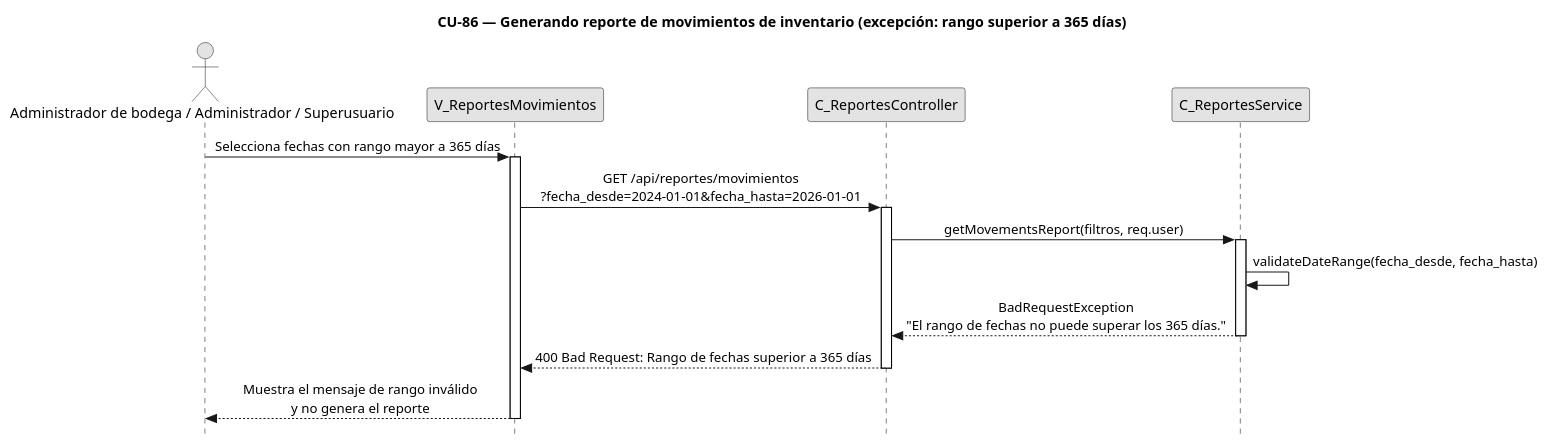
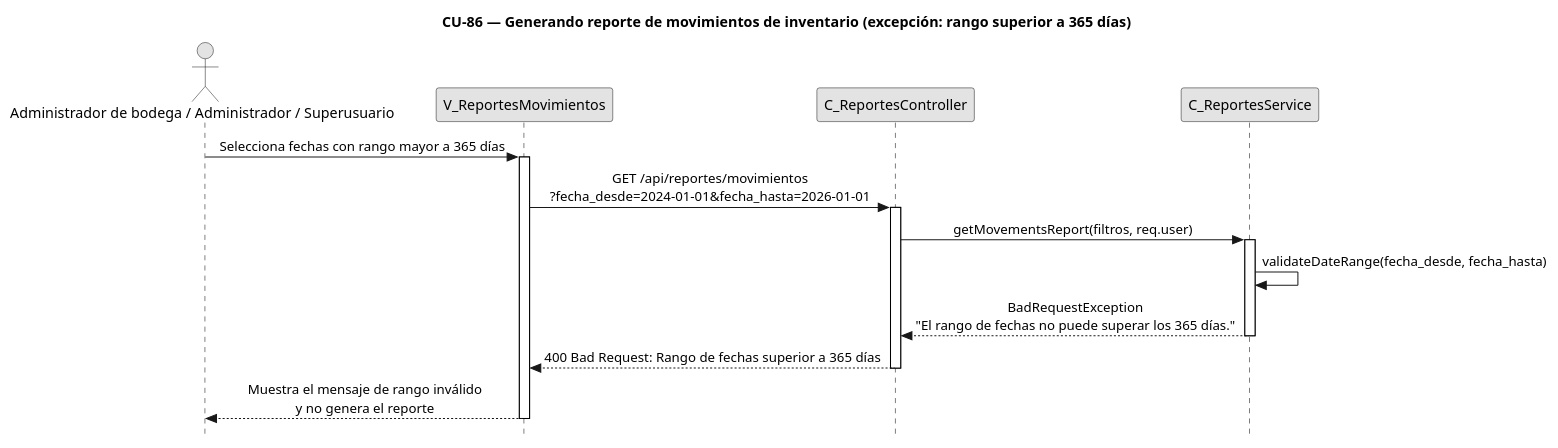
One commit to FSM-Finet-y-Cable-Magico/Team_1-Inventario-y-Bodega changed the diagram in diagramas/diagramas-secuencia/CU86/CU86-exc-rango-fechas.puml. Above: the diagram before and after it, drawn with PlantUML. The commit also changed 135 other files, not shown here.

Commit message:
docs(diagramas): reemplaza <style> por skinparam ParticipantPadding/ActorPadding (67 puml) y re-render

```diff
--- a/diagramas/diagramas-secuencia/CU86/CU86-exc-rango-fechas.puml
+++ b/diagramas/diagramas-secuencia/CU86/CU86-exc-rango-fechas.puml
@@ -1,38 +1,34 @@
 @startuml CU86-exc-rango-fechas
 title CU-86 — Generando reporte de movimientos de inventario (excepción: rango superior a 365 días)
 
 skinparam style strictuml
 skinparam monochrome true
 skinparam shadowing false
-<style>
-sequenceDiagram {
-  participant { Margin 25 }
-  actor { Margin 20 }
-}
-</style>
+skinparam ParticipantPadding 25
+skinparam ActorPadding 20
 skinparam sequence {
   MessageAlign center
   LifeLineBorderColor black
 }
 hide footbox
 
 actor "Administrador de bodega / Administrador / Superusuario" as user
 participant "V_ReportesMovimientos" as view
 participant "C_ReportesController" as ctrl
 participant "C_ReportesService" as svc
 
 user -> view : Selecciona fechas con rango mayor a 365 días
 activate view
 view -> ctrl : GET /api/reportes/movimientos\n?fecha_desde=2024-01-01&fecha_hasta=2026-01-01
 activate ctrl
 ctrl -> svc : getMovementsReport(filtros, req.user)
 activate svc
 svc -> svc : validateDateRange(fecha_desde, fecha_hasta)
 svc --> ctrl : BadRequestException\n"El rango de fechas no puede superar los 365 días."
 deactivate svc
 ctrl --> view : 400 Bad Request: Rango de fechas superior a 365 días
 deactivate ctrl
 view --> user : Muestra el mensaje de rango inválido\ny no genera el reporte
 deactivate view
 
 @enduml
```
